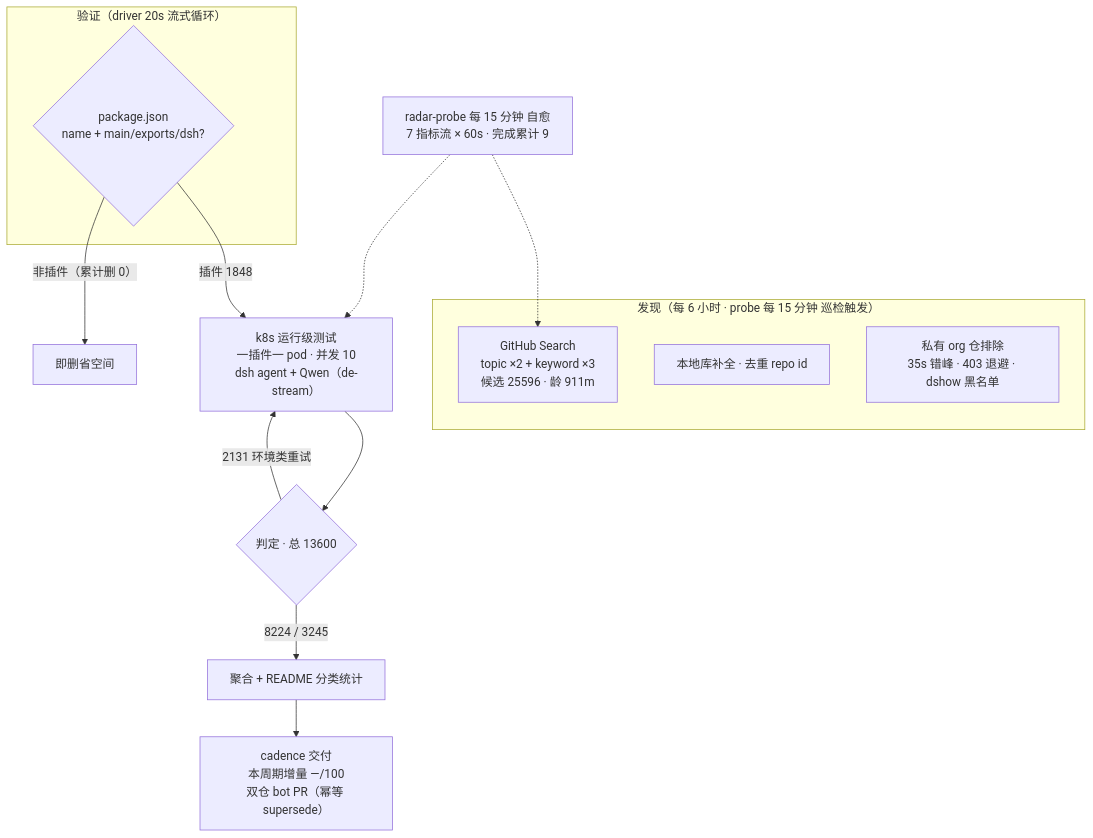
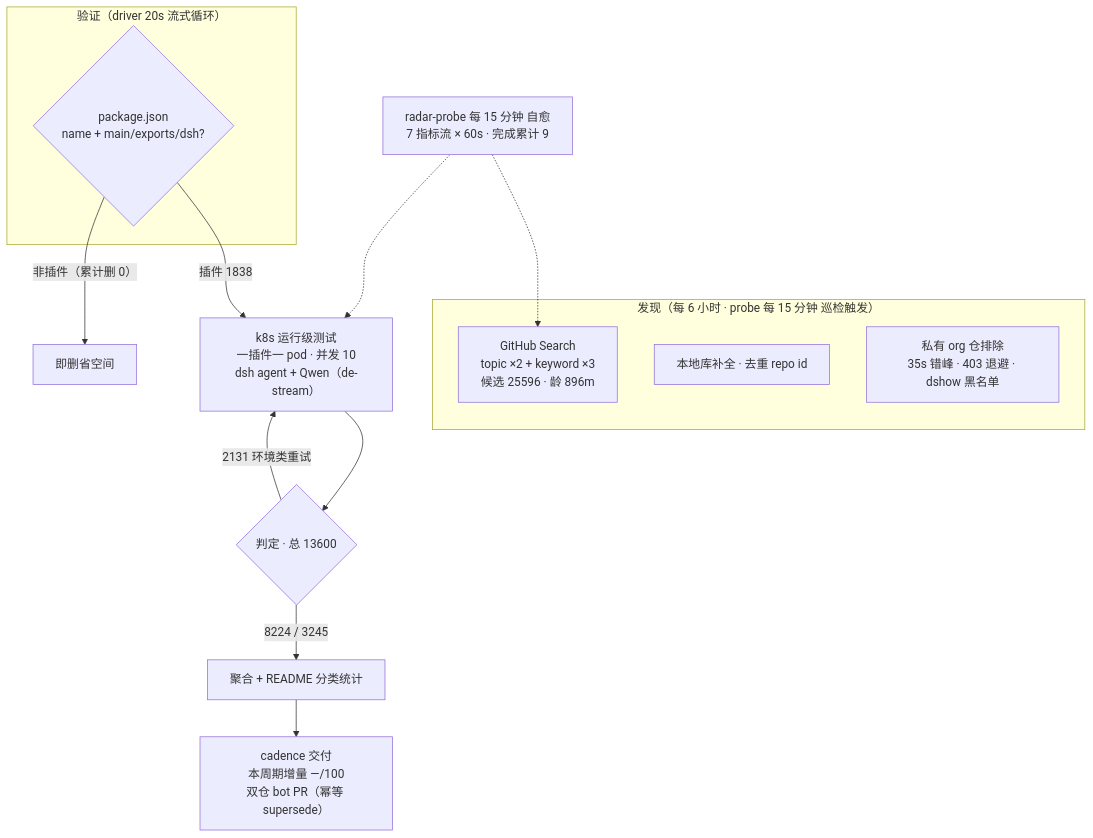
The diagram in README.md (Zhidao-Lab-OSS/awesome-dsh-plugins), drawn with Mermaid before and after one commit. The commit also changed other lines of this file, not shown here.

````diff
--- a/README.md
+++ b/README.md
@@ -177,20 +55,20 @@
 ```mermaid
 flowchart TB
     subgraph Discovery["发现（每 6 小时 · probe 每 15 分钟 巡检触发）"]
-        A1["GitHub Search<br/>topic ×2 + keyword ×3<br/>候选 25596 · 龄 911m"]
+        A1["GitHub Search<br/>topic ×2 + keyword ×3<br/>候选 25596 · 龄 896m"]
         A2["本地库补全 · 去重 repo id"]
         A3["私有 org 仓排除<br/>35s 错峰 · 403 退避 · dshow 黑名单"]
     end
     subgraph Validation["验证（driver 20s 流式循环）"]
         B1{"package.json<br/>name + main/exports/dsh?"}
     end
-    B1 -->|"插件 1848"| C1["k8s 运行级测试<br/>一插件一 pod · 并发 10<br/>dsh agent + Qwen（de-stream）"]
+    B1 -->|"插件 1838"| C1["k8s 运行级测试<br/>一插件一 pod · 并发 10<br/>dsh agent + Qwen（de-stream）"]
     B1 -->|"非插件（累计删 0）"| B3["即删省空间"]
     C1 --> D1{"判定 · 总 13600"}
     D1 -->|"8224 / 3245"| E1["聚合 + README 分类统计"]
     D1 -->|"2131 环境类重试"| C1
     E1 --> E2["cadence 交付<br/>本周期增量 —/100<br/>双仓 bot PR（幂等 supersede）"]
     M["radar-probe 每 15 分钟 自愈<br/>7 指标流 × 60s · 完成累计 9"]
     M -.-> A1
     M -.-> C1
 ```
````
